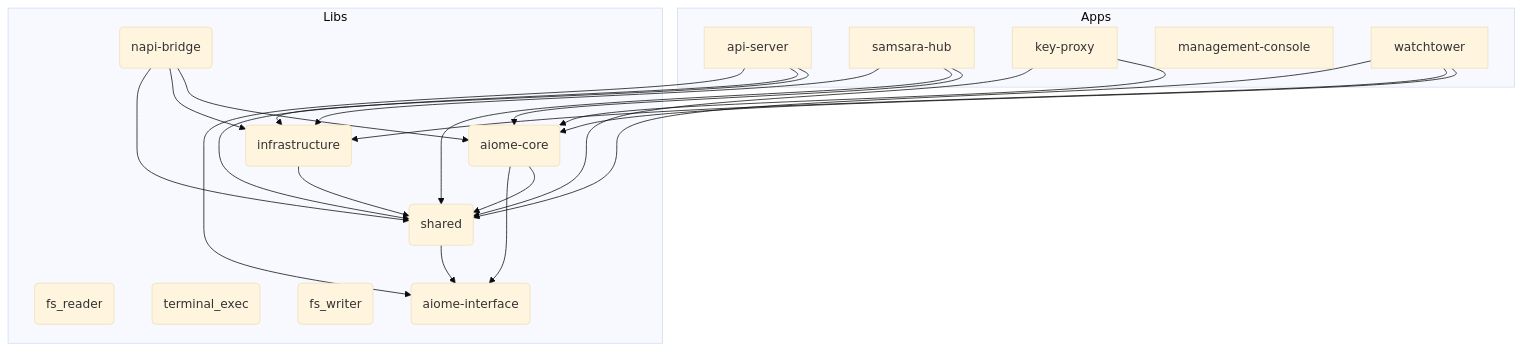
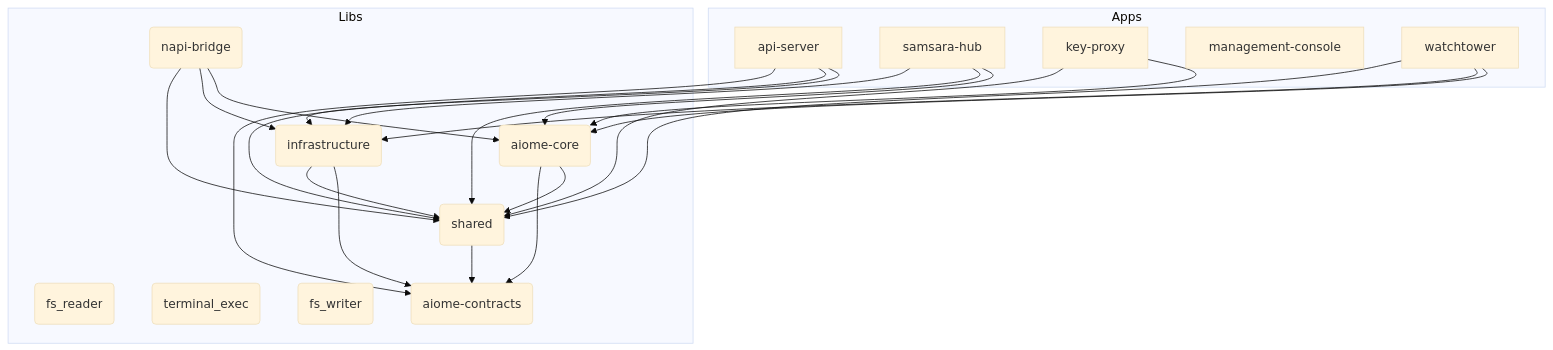
Before and after one commit to for4xex-droid/modular-open-claw: the diagram in ARCHITECTURE.md, drawn with Mermaid (base theme). The commit also changed other lines of this file and 189 other files, not shown here.

Commit message:
feat: implement AgentRx debugging core, refactor contracts layer, and fix security vulnerabilities

````diff
--- a/ARCHITECTURE.md
+++ b/ARCHITECTURE.md
@@ -22,40 +22,41 @@
 ```mermaid
 graph TD
     subgraph Apps
         api-server[api-server]
         samsara-hub[samsara-hub]
         key-proxy[key-proxy]
         management-console[management-console]
         watchtower[watchtower]
     end
 
     subgraph Libs
         aiome-core(aiome-core)
         infrastructure(infrastructure)
         shared(shared)
         fs_reader(fs_reader)
         terminal_exec(terminal_exec)
         fs_writer(fs_writer)
         napi-bridge(napi-bridge)
-        aiome-interface(aiome-interface)
+        aiome-contracts(aiome-contracts)
     end
 
     api-server --> infrastructure
     api-server --> shared
-    api-server --> aiome-interface
+    api-server --> aiome-contracts
     samsara-hub --> aiome-core
     samsara-hub --> shared
     samsara-hub --> infrastructure
     key-proxy --> aiome-core
     key-proxy --> shared
     aiome-core --> shared
-    aiome-core --> aiome-interface
+    aiome-core --> aiome-contracts
+    infrastructure --> aiome-contracts
     infrastructure --> shared
-    shared --> aiome-interface
+    shared --> aiome-contracts
     napi-bridge --> aiome-core
     napi-bridge --> infrastructure
     napi-bridge --> shared
     watchtower --> aiome-core
     watchtower --> infrastructure
     watchtower --> shared
 ```
````
